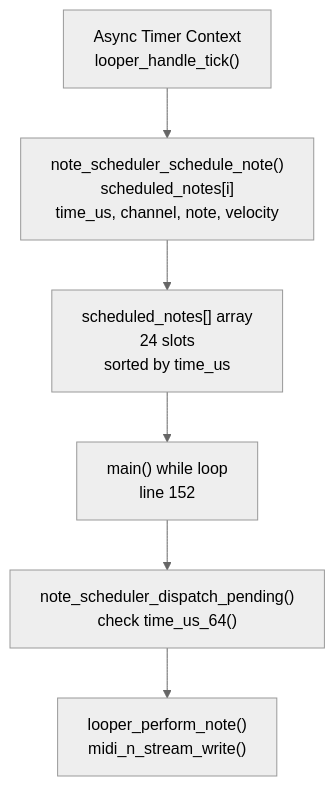
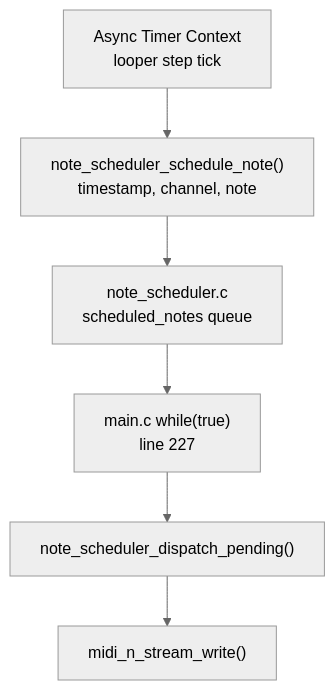
Before and after one commit to Jus-Be/orinayo-pico: the fourth of 6 diagrams in wiki/3-architecture.md, drawn with Mermaid (neutral theme). The commit also changed other lines of this file and 42 other files, not shown here.

````diff
--- a/wiki/3-architecture.md
+++ b/wiki/3-architecture.md
@@ -266,16 +201,16 @@
 ```mermaid
 flowchart TD
 
-AsyncContext["Async Timer Context<br>looper_handle_tick()"]
-Schedule["note_scheduler_schedule_note()<br>scheduled_notes[i]<br>time_us, channel, note, velocity"]
-Queue["scheduled_notes[] array<br>24 slots<br>sorted by time_us"]
-MainLoop["main() while loop<br>line 152"]
-Dispatch["note_scheduler_dispatch_pending()<br>check time_us_64()"]
-Perform["looper_perform_note()<br>midi_n_stream_write()"]
+AsyncContext["Async Timer Context<br>looper step tick"]
+Schedule["note_scheduler_schedule_note()<br>timestamp, channel, note"]
+Queue["note_scheduler.c<br>scheduled_notes queue"]
+MainLoop["main.c while(true)<br>line 227"]
+Dispatch["note_scheduler_dispatch_pending()"]
+Perform["midi_n_stream_write()"]
 
 AsyncContext --> Schedule
 Schedule --> Queue
 Queue --> MainLoop
 MainLoop --> Dispatch
 Dispatch --> Perform
 ```
````
